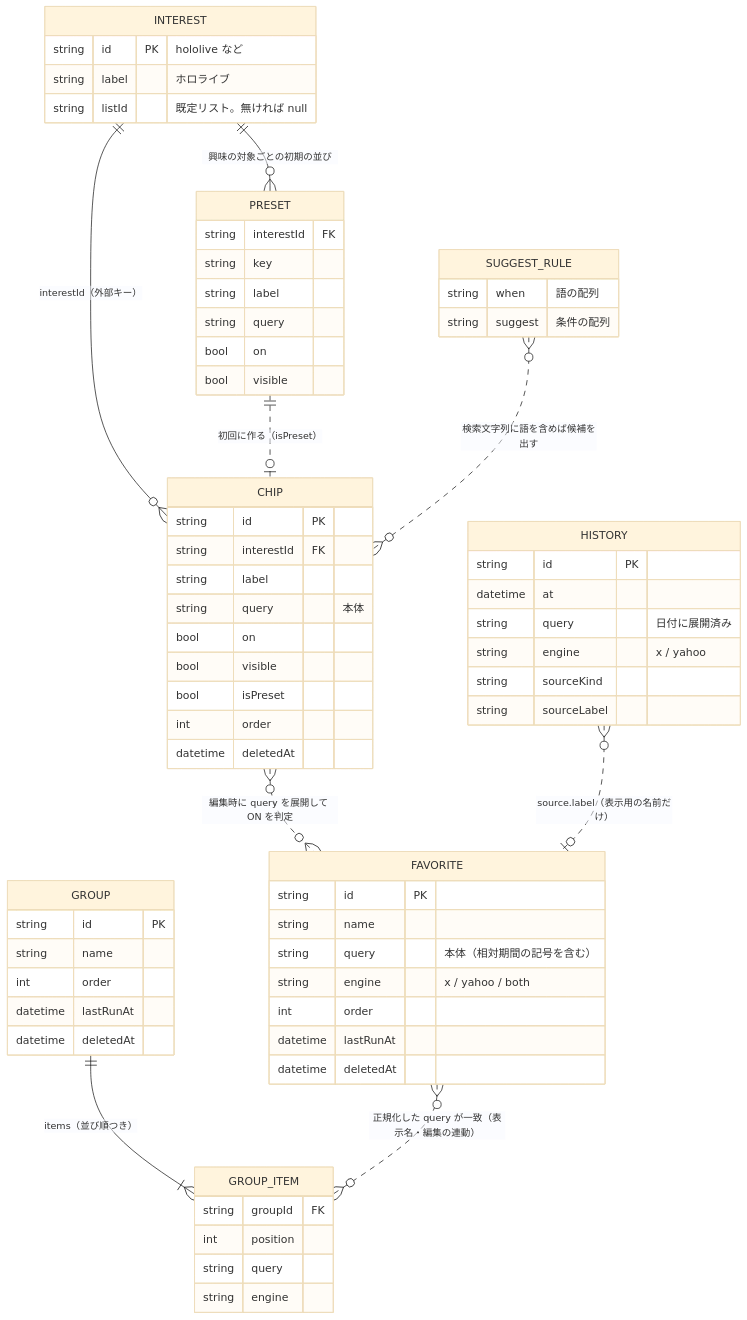
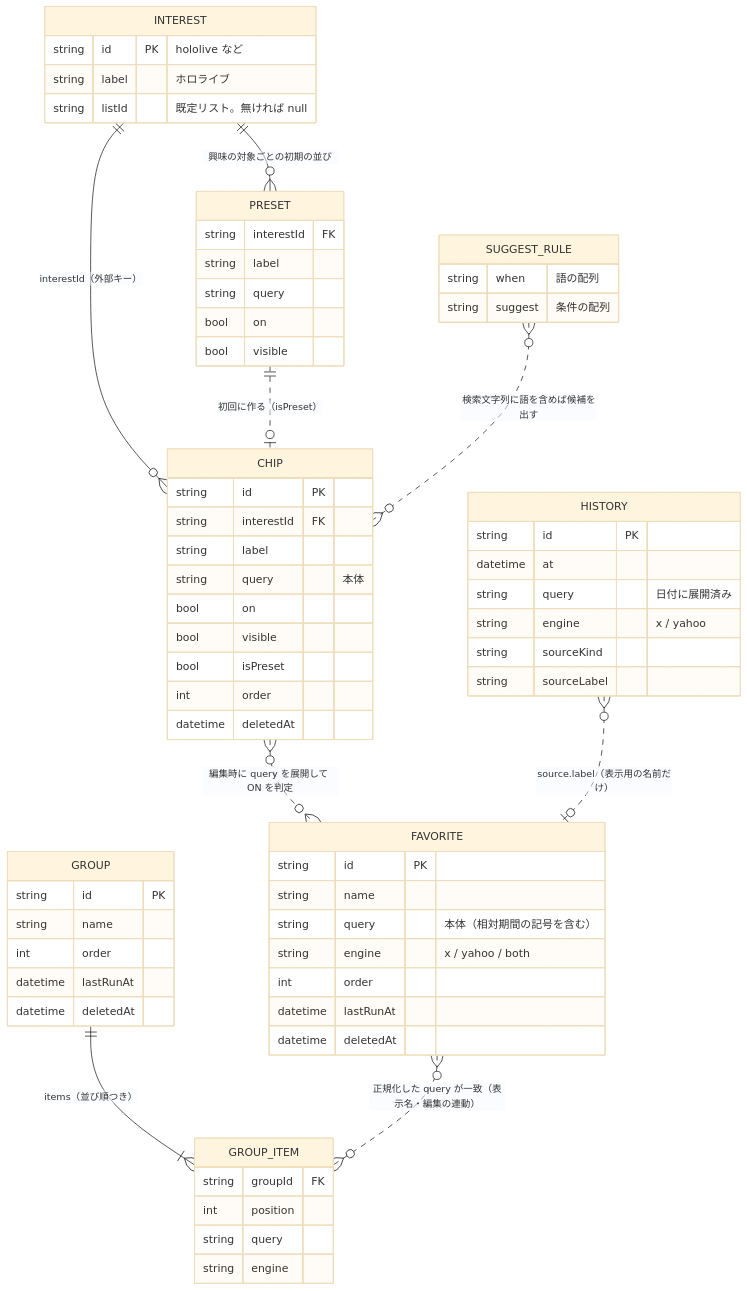
Before and after one commit to tanaka1313/egosearchX: the second of 3 diagrams in docs/requirements.md, drawn with Mermaid (base theme). The commit also changed other lines of this file and 4 other files, not shown here.

````diff
--- a/docs/requirements.md
+++ b/docs/requirements.md
@@ -348,70 +348,69 @@
 ```mermaid
 erDiagram
   INTEREST ||--o{ CHIP : "interestId（外部キー）"
   INTEREST ||--o{ PRESET : "興味の対象ごとの初期の並び"
   PRESET ||..o| CHIP : "初回に作る（isPreset）"
   GROUP ||--|{ GROUP_ITEM : "items（並び順つき）"
   FAVORITE }o..o{ GROUP_ITEM : "正規化した query が一致（表示名・編集の連動）"
   CHIP }o..o{ FAVORITE : "編集時に query を展開して ON を判定"
   SUGGEST_RULE }o..o{ CHIP : "検索文字列に語を含めば候補を出す"
   HISTORY }o..o| FAVORITE : "source.label（表示用の名前だけ）"
 
   INTEREST {
     string id PK "hololive など"
     string label "ホロライブ"
     string listId "既定リスト。無ければ null"
   }
   PRESET {
     string interestId FK
-    string key
     string label
     string query
     bool on
     bool visible
   }
   CHIP {
     string id PK
     string interestId FK
     string label
     string query "本体"
     bool on
     bool visible
     bool isPreset
     int order
     datetime deletedAt
   }
   FAVORITE {
     string id PK
     string name
     string query "本体（相対期間の記号を含む）"
     string engine "x / yahoo / both"
     int order
     datetime lastRunAt
     datetime deletedAt
   }
   GROUP {
     string id PK
     string name
     int order
     datetime lastRunAt
     datetime deletedAt
   }
   GROUP_ITEM {
     string groupId FK
     int position
     string query
     string engine
   }
   HISTORY {
     string id PK
     datetime at
     string query "日付に展開済み"
     string engine "x / yahoo"
     string sourceKind
     string sourceLabel
   }
   SUGGEST_RULE {
     string when "語の配列"
     string suggest "条件の配列"
   }
 ```
````
